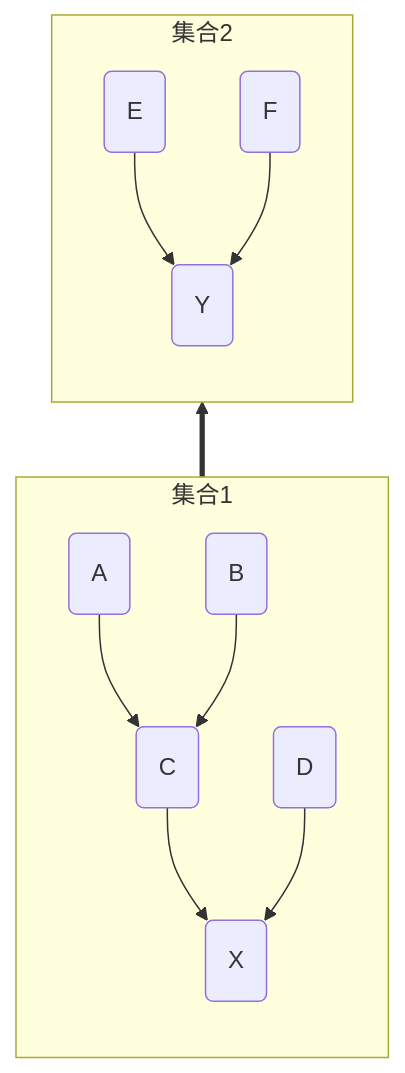
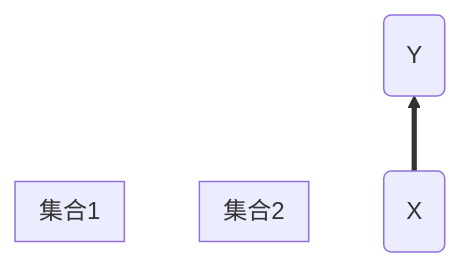
One commit to dmjcb/SelfBlog changed the fifth of 8 diagrams in DataStructures/Graph/2021-10-06-并查集与最小生成树.md. Above: the diagram before and after it, drawn with Mermaid. The commit also changed other lines of this file and 224 other files, not shown here.

````diff
--- a/DataStructures/Graph/2021-10-06-并查集与最小生成树.md
+++ b/DataStructures/Graph/2021-10-06-并查集与最小生成树.md
@@ -143,19 +130,13 @@
 ```mermaid
 graph BT;
     subgraph 集合2
     direction TB
-        e(E)-->y(Y)
-        f(F)-->y(Y)
     end
 
     subgraph 集合1
     direction TB
-        a(A)-->c(C)
-        b(B)-->c(C)
-        c(C)-->x(X)
 
-        d(D)-->x(X)
     end
 
     x(X)==>y(Y)
 ```
````
